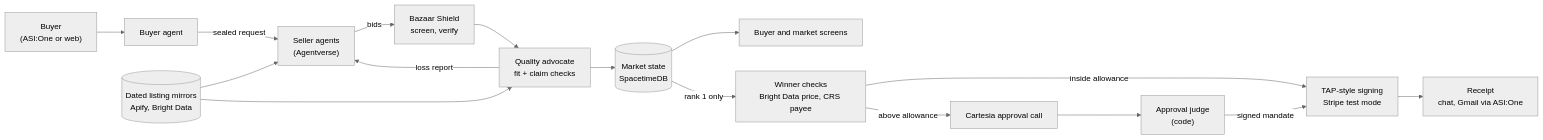
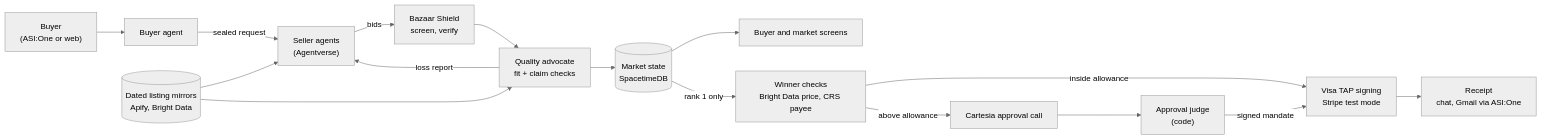
One commit to vs-githjk/cal-hacks-2026 changed the diagram in README.md. Above: the diagram before and after it, drawn with Mermaid (neutral theme). The commit also changed other lines of this file, not shown here.

Commit message:
README: Visa TAP is implemented to the reference wire format (#387), not 'in the style of'

````diff
--- a/README.md
+++ b/README.md
@@ -71,18 +71,18 @@
 ```mermaid
 flowchart LR
     U["Buyer<br/>(ASI:One or web)"] --> B["Buyer agent"]
     B -- "sealed request" --> S["Seller agents<br/>(Agentverse)"]
     S -- "bids" --> SH["Bazaar Shield<br/>screen, verify"]
     SH --> A["Quality advocate<br/>fit + claim checks"]
     M[("Dated listing mirrors<br/>Apify, Bright Data")] --> S
     M --> A
     A --> MK[("Market state<br/>SpacetimeDB")]
     MK --> W["Buyer and market screens"]
     MK -- "rank 1 only" --> G["Winner checks<br/>Bright Data price, CRS payee"]
-    G -- "inside allowance" --> P["TAP-style signing<br/>Stripe test mode"]
+    G -- "inside allowance" --> P["Visa TAP signing<br/>Stripe test mode"]
     G -- "above allowance" --> C["Cartesia approval call"]
     C --> J["Approval judge<br/>(code)"]
     J -- "signed mandate" --> P
     P --> R["Receipt<br/>chat, Gmail via ASI:One"]
     A -- "loss report" --> S
 ```
````
